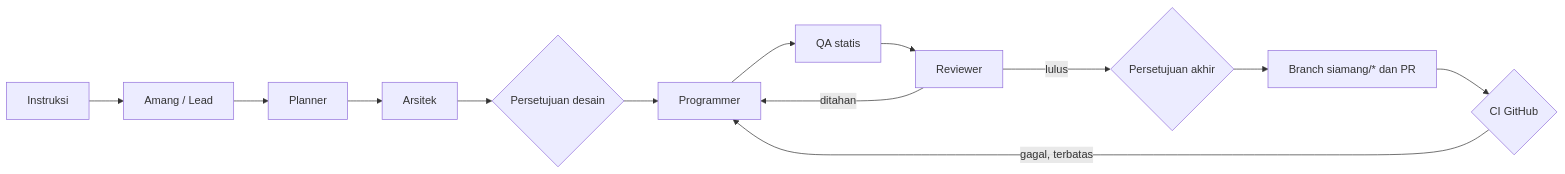
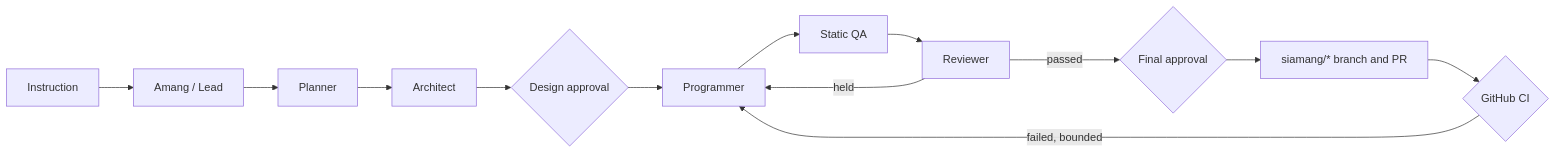
The diagram in README.md (Rafie93/siamang-ai), drawn with Mermaid before and after one commit. The commit also changed other lines of this file and 124 other files, not shown here.

````diff
--- a/README.md
+++ b/README.md
@@ -182,13 +60,13 @@
 ```mermaid
 flowchart LR
-  T[Instruksi] --> L[Amang / Lead]
-  L --> P[Planner] --> A[Arsitek]
-  A --> G1{Persetujuan desain}
+  T[Instruction] --> L[Amang / Lead]
+  L --> P[Planner] --> A[Architect]
+  A --> G1{Design approval}
   G1 --> C[Programmer]
-  C --> Q[QA statis] --> R[Reviewer]
-  R -->|ditahan| C
-  R -->|lulus| G2{Persetujuan akhir}
-  G2 --> PR[Branch siamang/* dan PR]
-  PR --> CI{CI GitHub}
-  CI -->|gagal, terbatas| C
+  C --> Q[Static QA] --> R[Reviewer]
+  R -->|held| C
+  R -->|passed| G2{Final approval}
+  G2 --> PR["siamang/* branch and PR"]
+  PR --> CI{GitHub CI}
+  CI -->|failed, bounded| C
 ```
````
